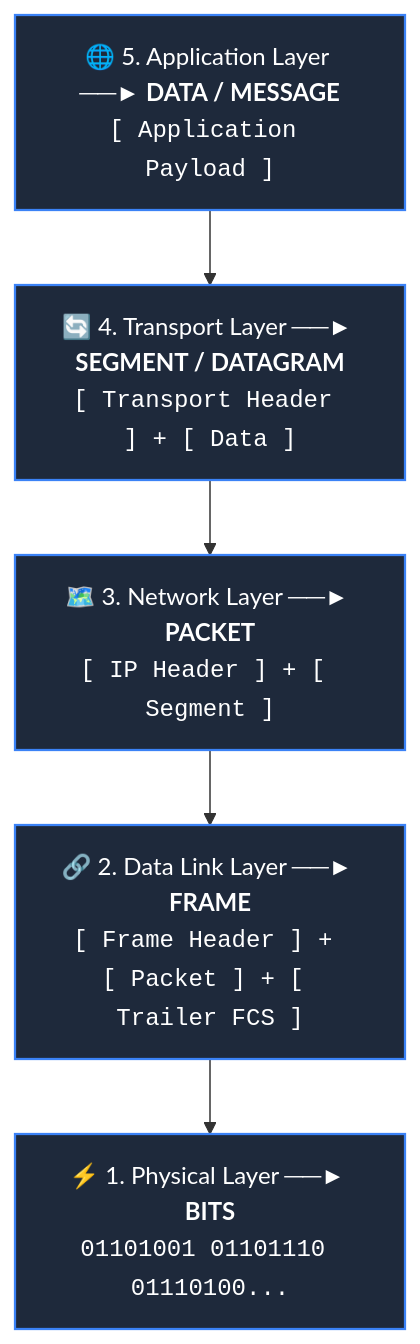
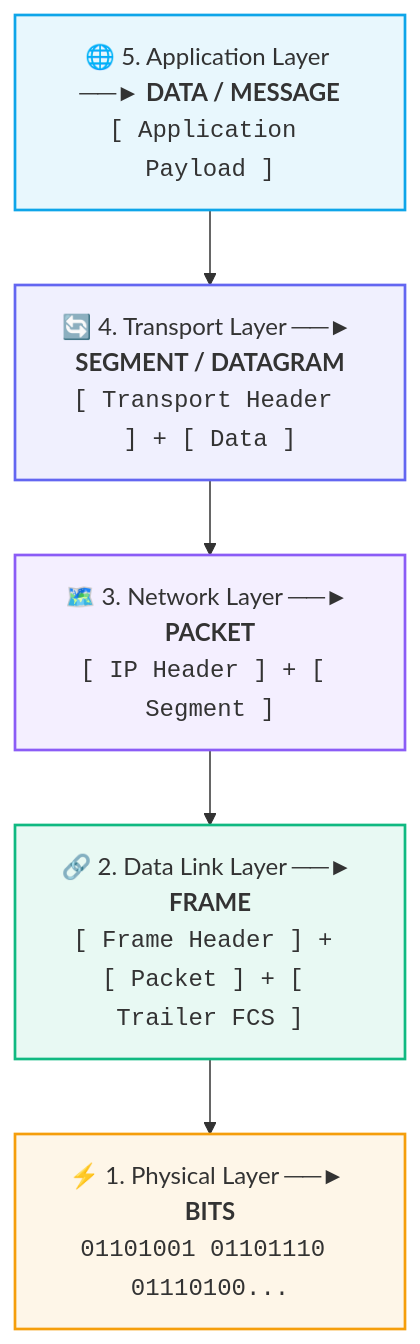
The first of 4 diagrams in Computer Networking/Data Units - Segment, Packet, Frame, Bits.md (abhinavbharti2345/CS_Notes), drawn with Mermaid before and after one commit. The commit also changed other lines of this file and 47 other files, not shown here.

Commit message:
docs: add computer science study notes and generate graphify visualization output

````diff
--- a/Computer Networking/Data Units - Segment, Packet, Frame, Bits.md
+++ b/Computer Networking/Data Units - Segment, Packet, Frame, Bits.md
@@ -35,13 +35,22 @@
 ```mermaid
 flowchart TD
     L5["🌐 5. Application Layer ──► <b>DATA / MESSAGE</b><br/><code>[ Application Payload ]</code>"]
     L4["🔄 4. Transport Layer ──► <b>SEGMENT / DATAGRAM</b><br/><code>[ Transport Header ] + [ Data ]</code>"]
     L3["🗺️ 3. Network Layer ──► <b>PACKET</b><br/><code>[ IP Header ] + [ Segment ]</code>"]
     L2["🔗 2. Data Link Layer ──► <b>FRAME</b><br/><code>[ Frame Header ] + [ Packet ] + [ Trailer FCS ]</code>"]
     L1["⚡ 1. Physical Layer ──► <b>BITS</b><br/><code>01101001 01101110 01110100...</code>"]
 
     L5 --> L4 --> L3 --> L2 --> L1
 
-    classDef pdu fill:#1e293b,stroke:#3b82f6,stroke-width:1.5px,color:#fff;
-    class L5,L4,L3,L2,L1 pdu;
+    classDef l5 fill:#0ea5e918,stroke:#0ea5e9,stroke-width:1.8px;
+    classDef l4 fill:#6366f118,stroke:#6366f1,stroke-width:1.8px;
+    classDef l3 fill:#8b5cf618,stroke:#8b5cf6,stroke-width:1.8px;
+    classDef l2 fill:#10b98118,stroke:#10b981,stroke-width:1.8px;
+    classDef l1 fill:#f59e0b18,stroke:#f59e0b,stroke-width:1.8px;
+
+    class L5 l5;
+    class L4 l4;
+    class L3 l3;
+    class L2 l2;
+    class L1 l1;
 ```
````
